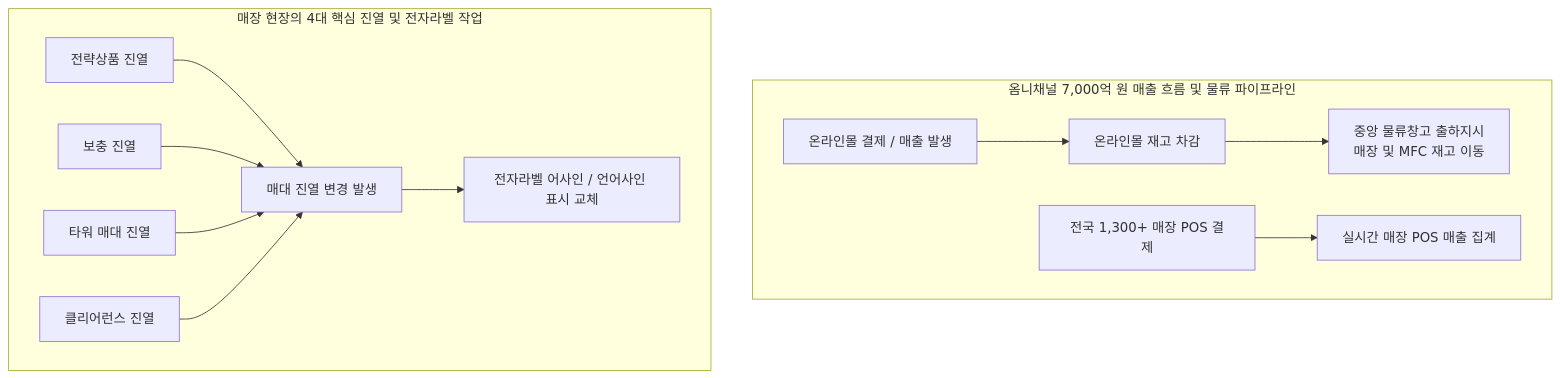
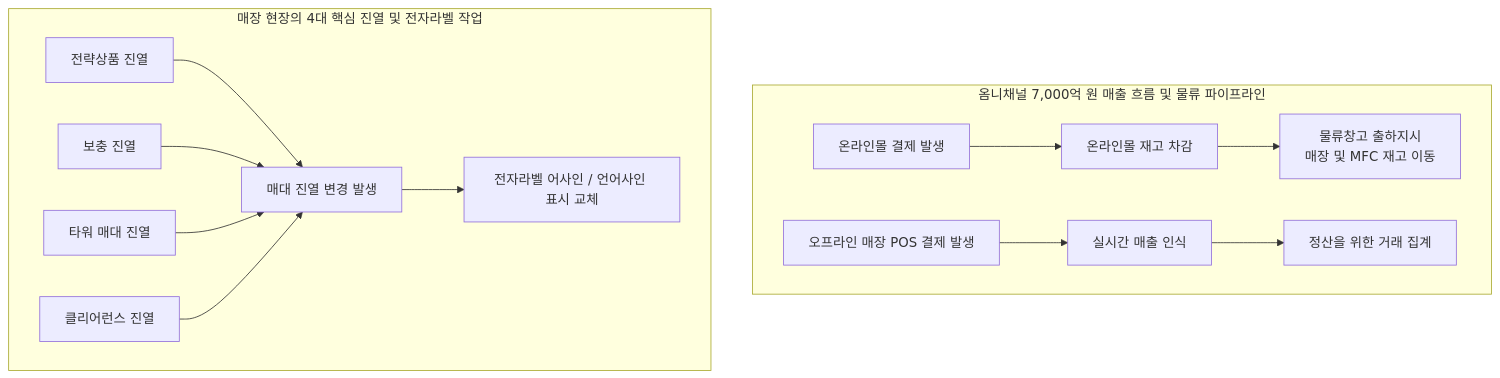
The first of 5 diagrams in docs/case/2026-1Q/oy-sale-stat-hourly-cpu-sql.md (djpibo/djpibo.github.io), drawn with Mermaid before and after one commit. The commit also changed other lines of this file, not shown here.

Commit message:
docs: 오프라인 매장 POS 결제 및 매출 인식/거래 집계 흐름 명확화

````diff
--- a/docs/case/2026-1Q/oy-sale-stat-hourly-cpu-sql.md
+++ b/docs/case/2026-1Q/oy-sale-stat-hourly-cpu-sql.md
@@ -25,17 +25,19 @@
 ```mermaid
 graph TD
     subgraph Flow["옴니채널 7,000억 원 매출 흐름 및 물류 파이프라인"]
-        A["온라인몰 결제 / 매출 발생"] --> B["온라인몰 재고 차감"]
-        B --> C["중앙 물류창고 출하지시<br/>매장 및 MFC 재고 이동"]
-        D["전국 1,300+ 매장 POS 결제"] --> E["실시간 매장 POS 매출 집계"]
+        A["온라인몰 결제 발생"] --> B["온라인몰 재고 차감"]
+        B --> C["물류창고 출하지시<br/>매장 및 MFC 재고 이동"]
+
+        D["오프라인 매장 POS 결제 발생"] --> E["실시간 매출 인식"]
+        E --> F["정산을 위한 거래 집계"]
     end
 
     subgraph Store["매장 현장의 4대 핵심 진열 및 전자라벨 작업"]
         F1["전략상품 진열"]
         F2["보충 진열"]
         F3["타워 매대 진열"]
         F4["클리어런스 진열"]
         F1 & F2 & F3 & F4 --> G["매대 진열 변경 발생"]
         G --> H["전자라벨 어사인 / 언어사인 표시 교체"]
     end
 ```
````
